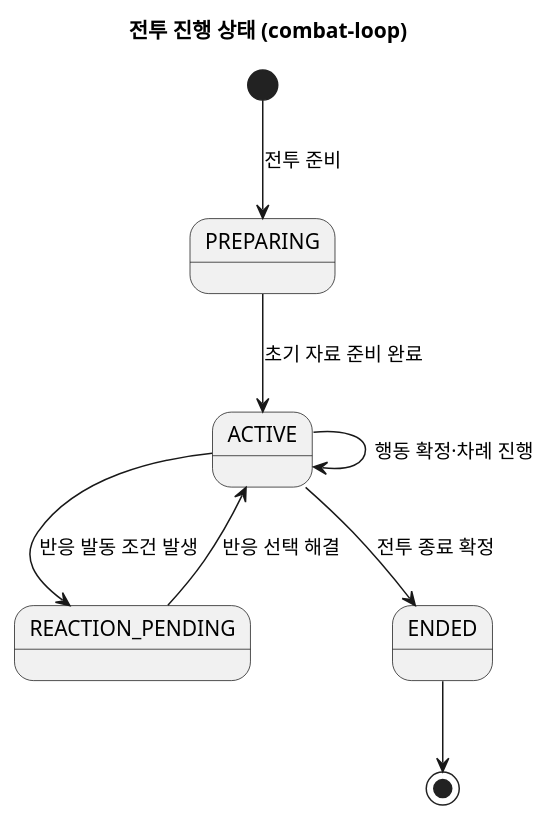
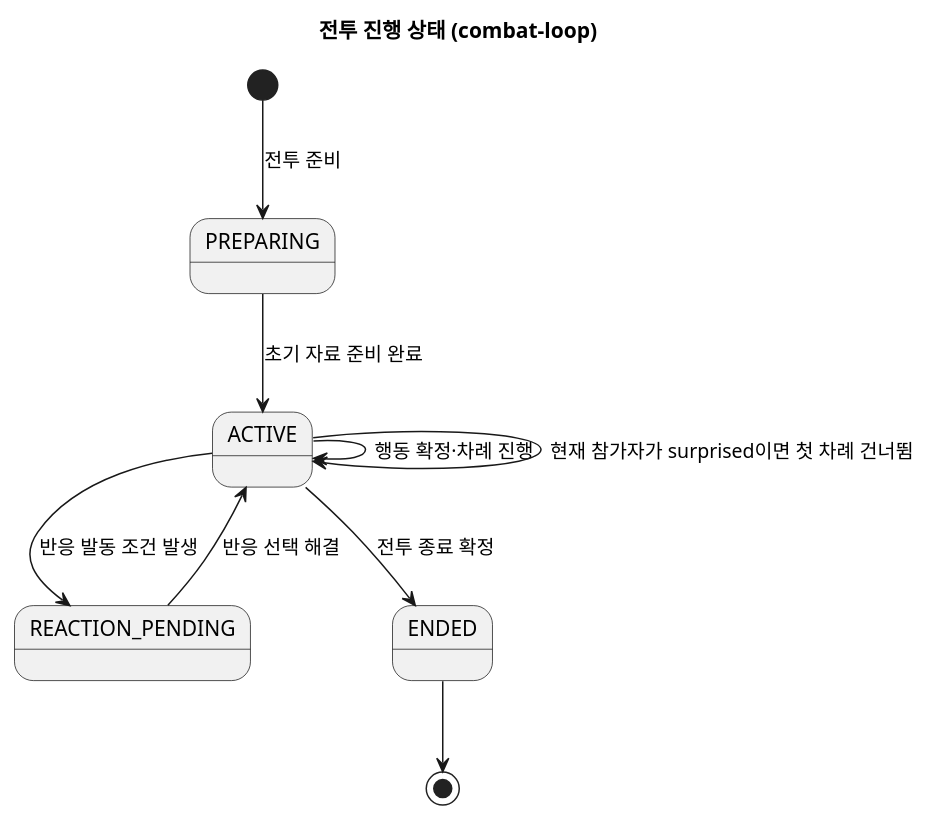
Before and after one commit to omegafrog/dnd-master: the diagram in docs/contracts/diagrams/combat-loop.state.puml, drawn with PlantUML. The commit also changed 27 other files, not shown here.

```diff
--- a/docs/contracts/diagrams/combat-loop.state.puml
+++ b/docs/contracts/diagrams/combat-loop.state.puml
@@ -1,10 +1,11 @@
 @startuml
  title 전투 진행 상태 (combat-loop)
  [*] --> PREPARING : 전투 준비
  PREPARING --> ACTIVE : 초기 자료 준비 완료
  ACTIVE --> REACTION_PENDING : 반응 발동 조건 발생
  REACTION_PENDING --> ACTIVE : 반응 선택 해결
  ACTIVE --> ACTIVE : 행동 확정·차례 진행
+ ACTIVE --> ACTIVE : 현재 참가자가 surprised이면 첫 차례 건너뜀
  ACTIVE --> ENDED : 전투 종료 확정
  ENDED --> [*]
 @enduml
```
